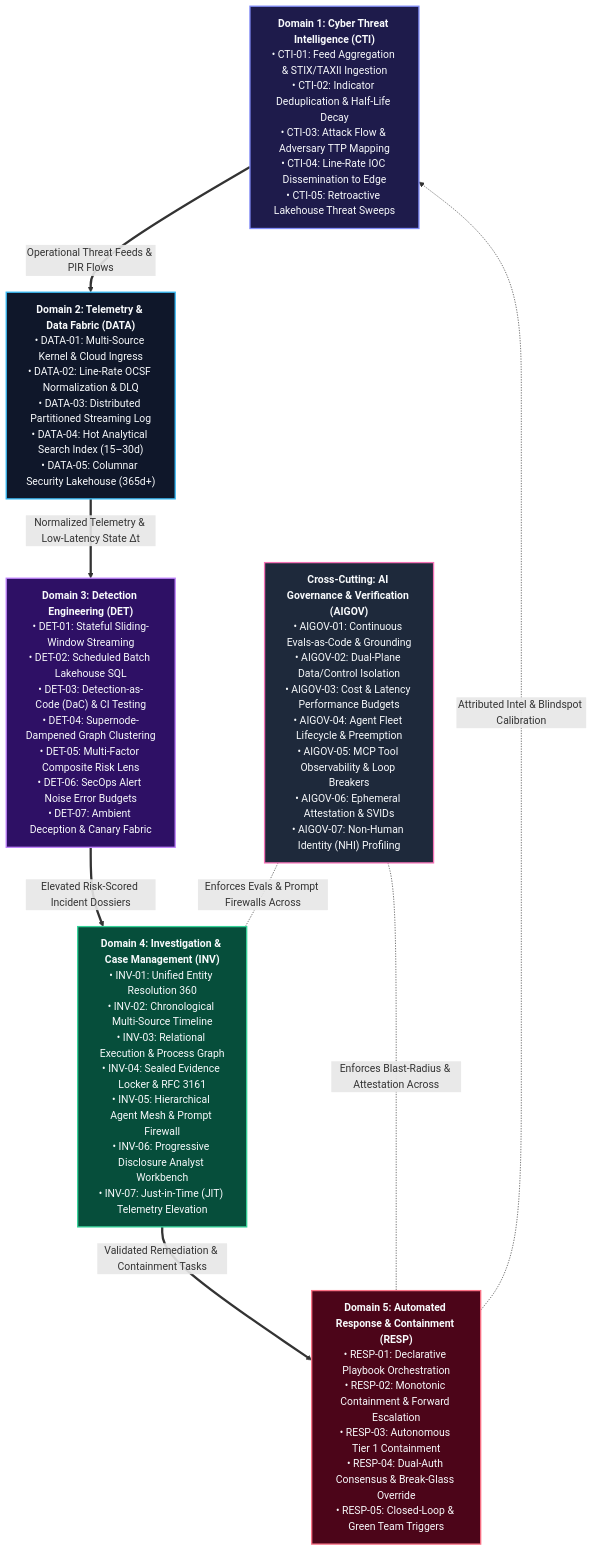
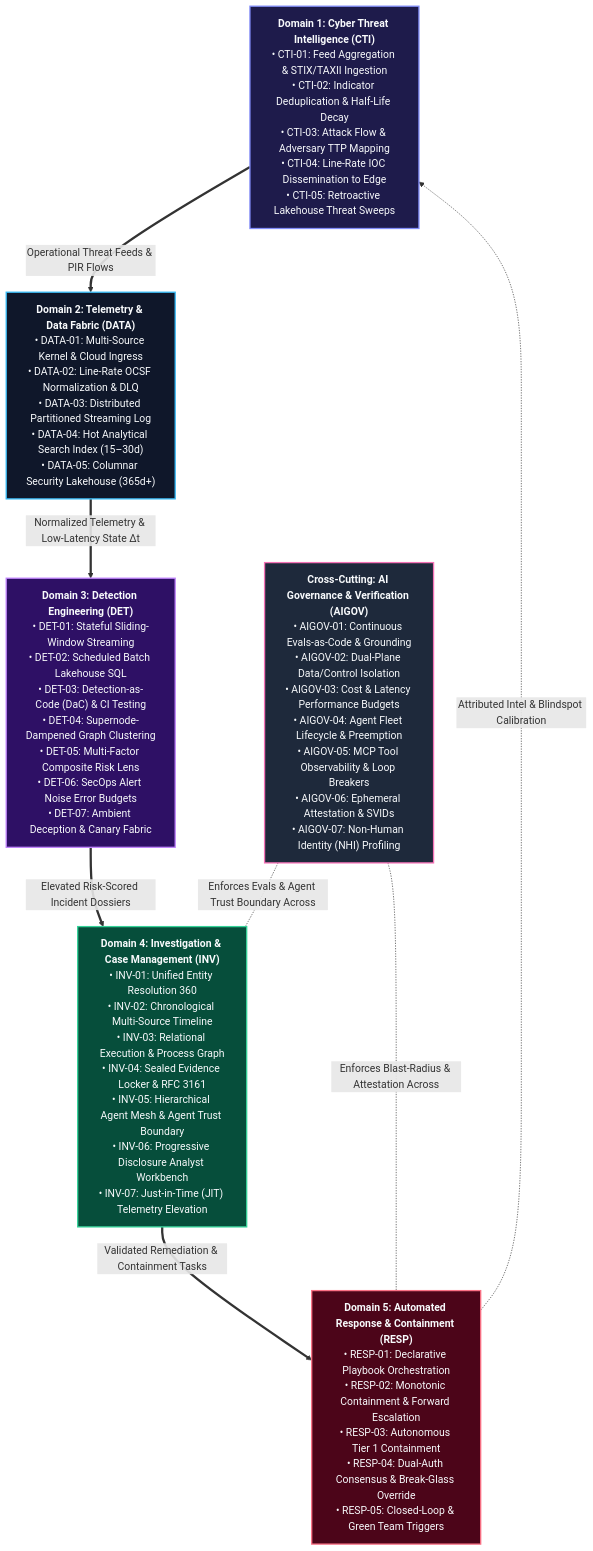
One commit to Haribu/TIDIR changed the diagram in docs/architecture/02-capability-model.md. Above: the diagram before and after it, drawn with Mermaid. The commit also changed other lines of this file and 21 other files, not shown here.

Commit message:
feat(release): v1.0.0 — world-class reference architecture, assurance map, 4-plane model, and machine graph

````diff
--- a/docs/architecture/02-capability-model.md
+++ b/docs/architecture/02-capability-model.md
@@ -11,30 +16,30 @@
 ```mermaid
 flowchart TB
   %% Class Definitions for High Contrast & Visual Clarity
   classDef cti fill:#1e1b4b,stroke:#818cf8,stroke-width:2px,color:#f8fafc;
   classDef data fill:#0f172a,stroke:#38bdf8,stroke-width:2px,color:#f8fafc;
   classDef det fill:#2e1065,stroke:#c084fc,stroke-width:2px,color:#f8fafc;
   classDef inv fill:#064e3b,stroke:#34d399,stroke-width:2px,color:#f8fafc;
   classDef resp fill:#4c0519,stroke:#fb7185,stroke-width:2px,color:#f8fafc;
   classDef aigov fill:#1e293b,stroke:#f472b6,stroke-width:2px,color:#f8fafc;
 
   D1["<b>Domain 1: Cyber Threat Intelligence (CTI)</b><br/>• CTI-01: Feed Aggregation & STIX/TAXII Ingestion<br/>• CTI-02: Indicator Deduplication & Half-Life Decay<br/>• CTI-03: Attack Flow & Adversary TTP Mapping<br/>• CTI-04: Line-Rate IOC Dissemination to Edge<br/>• CTI-05: Retroactive Lakehouse Threat Sweeps"]:::cti
 
   D2["<b>Domain 2: Telemetry & Data Fabric (DATA)</b><br/>• DATA-01: Multi-Source Kernel & Cloud Ingress<br/>• DATA-02: Line-Rate OCSF Normalization & DLQ<br/>• DATA-03: Distributed Partitioned Streaming Log<br/>• DATA-04: Hot Analytical Search Index (15–30d)<br/>• DATA-05: Columnar Security Lakehouse (365d+)"]:::data
 
   D3["<b>Domain 3: Detection Engineering (DET)</b><br/>• DET-01: Stateful Sliding-Window Streaming<br/>• DET-02: Scheduled Batch Lakehouse SQL<br/>• DET-03: Detection-as-Code (DaC) & CI Testing<br/>• DET-04: Supernode-Dampened Graph Clustering<br/>• DET-05: Multi-Factor Composite Risk Lens<br/>• DET-06: SecOps Alert Noise Error Budgets<br/>• DET-07: Ambient Deception & Canary Fabric"]:::det
 
-  D4["<b>Domain 4: Investigation & Case Management (INV)</b><br/>• INV-01: Unified Entity Resolution 360<br/>• INV-02: Chronological Multi-Source Timeline<br/>• INV-03: Relational Execution & Process Graph<br/>• INV-04: Sealed Evidence Locker & RFC 3161<br/>• INV-05: Hierarchical Agent Mesh & Prompt Firewall<br/>• INV-06: Progressive Disclosure Analyst Workbench<br/>• INV-07: Just-in-Time (JIT) Telemetry Elevation"]:::inv
+  D4["<b>Domain 4: Investigation & Case Management (INV)</b><br/>• INV-01: Unified Entity Resolution 360<br/>• INV-02: Chronological Multi-Source Timeline<br/>• INV-03: Relational Execution & Process Graph<br/>• INV-04: Sealed Evidence Locker & RFC 3161<br/>• INV-05: Hierarchical Agent Mesh & Agent Trust Boundary<br/>• INV-06: Progressive Disclosure Analyst Workbench<br/>• INV-07: Just-in-Time (JIT) Telemetry Elevation"]:::inv
 
   D5["<b>Domain 5: Automated Response & Containment (RESP)</b><br/>• RESP-01: Declarative Playbook Orchestration<br/>• RESP-02: Monotonic Containment & Forward Escalation<br/>• RESP-03: Autonomous Tier 1 Containment<br/>• RESP-04: Dual-Auth Consensus & Break-Glass Override<br/>• RESP-05: Closed-Loop & Green Team Triggers"]:::resp
 
   GOV["<b>Cross-Cutting: AI Governance & Verification (AIGOV)</b><br/>• AIGOV-01: Continuous Evals-as-Code & Grounding<br/>• AIGOV-02: Dual-Plane Data/Control Isolation<br/>• AIGOV-03: Cost & Latency Performance Budgets<br/>• AIGOV-04: Agent Fleet Lifecycle & Preemption<br/>• AIGOV-05: MCP Tool Observability & Loop Breakers<br/>• AIGOV-06: Ephemeral Attestation & SVIDs<br/>• AIGOV-07: Non-Human Identity (NHI) Profiling"]:::aigov
 
   D1 ==>|Operational Threat Feeds & PIR Flows| D2
   D2 ==>|Normalized Telemetry & Low-Latency State Δt| D3
   D3 ==>|Elevated Risk-Scored Incident Dossiers| D4
   D4 ==>|Validated Remediation & Containment Tasks| D5
   D5 -.->|Attributed Intel & Blindspot Calibration| D1
-  GOV -.-|Enforces Evals & Prompt Firewalls Across| D4
+  GOV -.-|Enforces Evals & Agent Trust Boundary Across| D4
   GOV -.-|Enforces Blast-Radius & Attestation Across| D5
 ```
````
